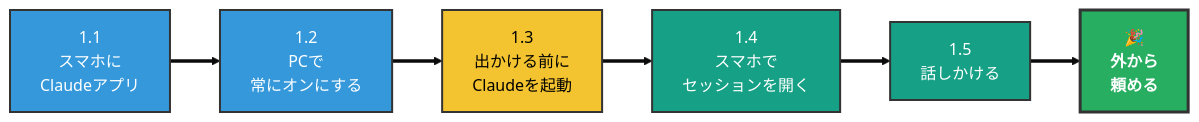
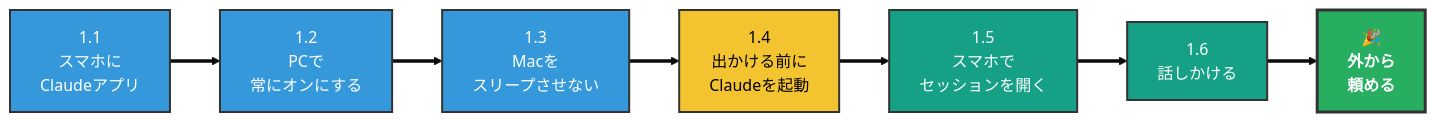
The diagram in 05_mobile-workflow/setup.md (kasuyaofcb/tech_docs), drawn with Mermaid (base theme) before and after one commit. The commit also changed other lines of this file, not shown here.

````diff
--- a/05_mobile-workflow/setup.md
+++ b/05_mobile-workflow/setup.md
@@ -30,15 +38,17 @@
 ```mermaid
 flowchart LR
     S1["1.1<br/>スマホに<br/>Claudeアプリ"] ==> S2["1.2<br/>PCで<br/>常にオンにする"]
-    S2 ==> S3["1.3<br/>出かける前に<br/>Claudeを起動"]
-    S3 ==> S4["1.4<br/>スマホで<br/>セッションを開く"]
-    S4 ==> S5["1.5<br/>話しかける"]
-    S5 ==> G1["🎉<br/><b>外から<br/>頼める</b>"]
+    S2 ==> S3["1.3<br/>Macを<br/>スリープさせない"]
+    S3 ==> S4["1.4<br/>出かける前に<br/>Claudeを起動"]
+    S4 ==> S5["1.5<br/>スマホで<br/>セッションを開く"]
+    S5 ==> S6["1.6<br/>話しかける"]
+    S6 ==> G1["🎉<br/><b>外から<br/>頼める</b>"]
 
     style S1 fill:#3498DB,color:#FFFFFF,stroke:#333,stroke-width:2px
     style S2 fill:#3498DB,color:#FFFFFF,stroke:#333,stroke-width:2px
-    style S3 fill:#F4C430,color:#000,stroke:#333,stroke-width:2px
-    style S4 fill:#16A085,color:#FFFFFF,stroke:#333,stroke-width:2px
+    style S3 fill:#3498DB,color:#FFFFFF,stroke:#333,stroke-width:2px
+    style S4 fill:#F4C430,color:#000,stroke:#333,stroke-width:2px
     style S5 fill:#16A085,color:#FFFFFF,stroke:#333,stroke-width:2px
+    style S6 fill:#16A085,color:#FFFFFF,stroke:#333,stroke-width:2px
     style G1 fill:#27AE60,color:#FFFFFF,stroke:#333,stroke-width:3px
 ```
````
